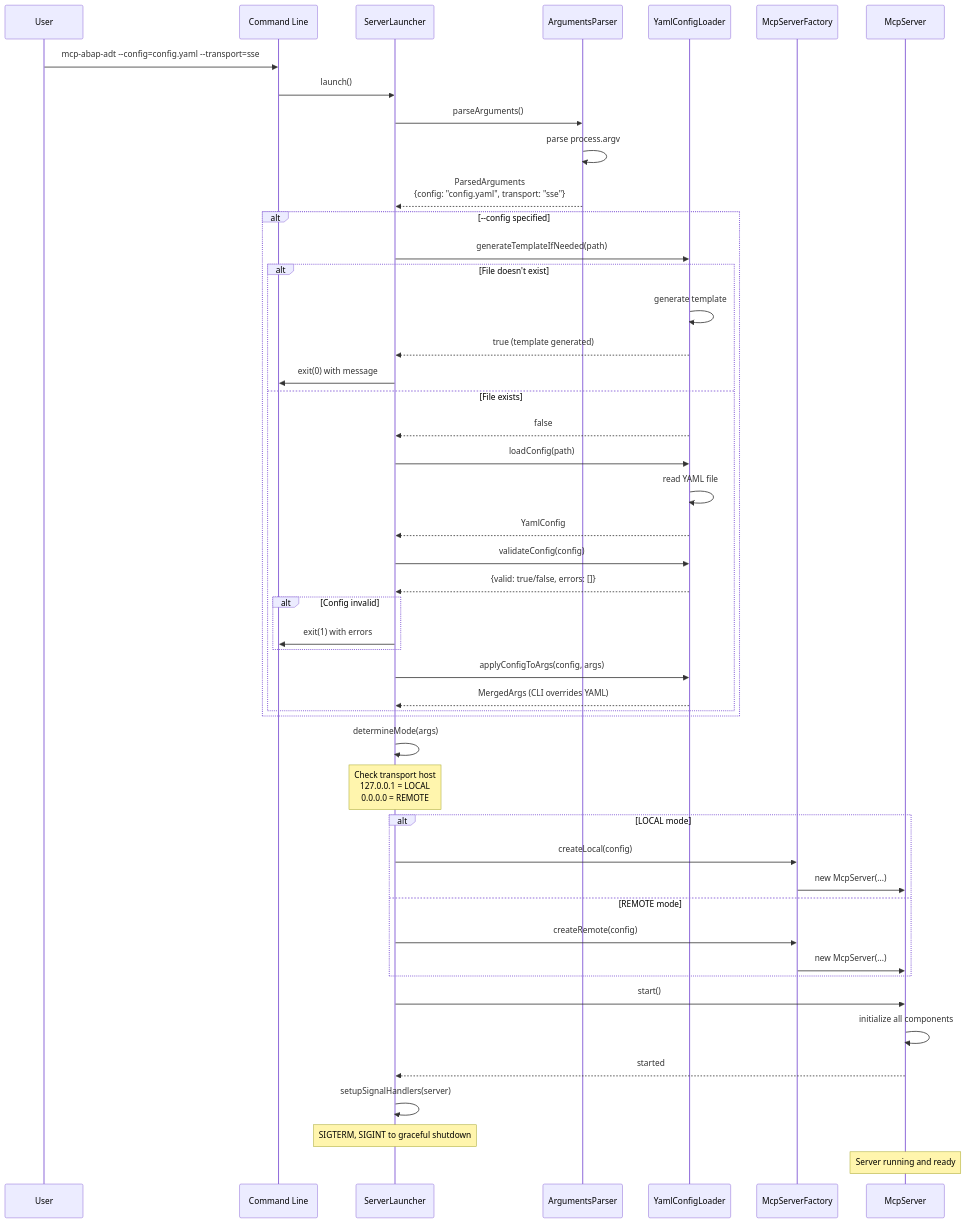
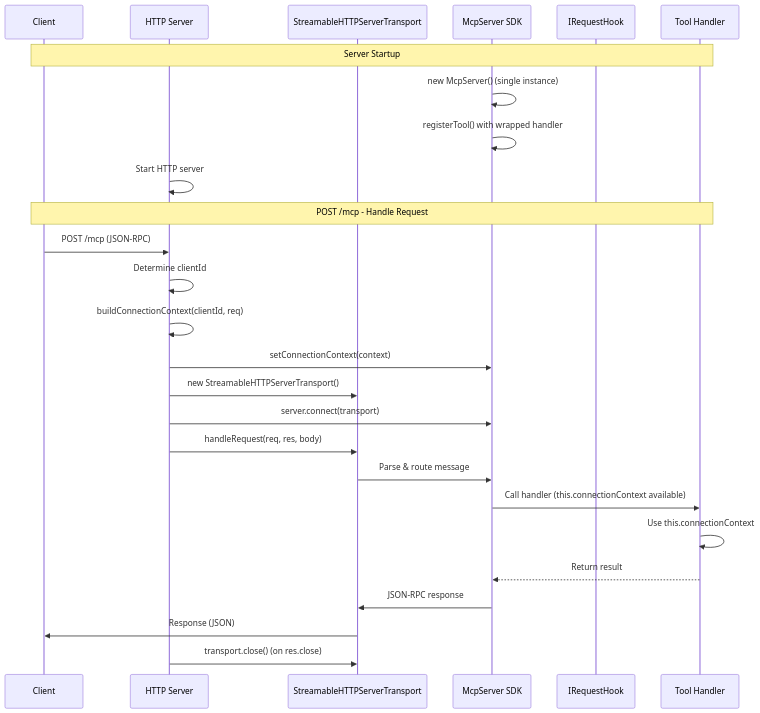
One commit to fr0ster/mcp-abap-adt changed the third of 3 diagrams in src/lib/servers/ARCHITECTURE.md. Above: the diagram before and after it, drawn with Mermaid. The commit also changed other lines of this file and 1 other file, not shown here.

First line of the commit message:
refactor: update MCP Server architecture documentation and remove obsolete roadmap

````diff
--- a/src/lib/servers/ARCHITECTURE.md
+++ b/src/lib/servers/ARCHITECTURE.md
@@ -608,61 +340,30 @@
 ```mermaid
 sequenceDiagram
-    participant User
-    participant CLI as Command Line
-    participant Launcher as ServerLauncher
-    participant Parser as ArgumentsParser
-    participant YAML as YamlConfigLoader
-    participant Factory as McpServerFactory
-    participant Server as McpServer
+    participant Client
+    participant HTTP as HTTP Server
+    participant Transport as StreamableHTTPServerTransport
+    participant SDK as McpServer SDK
+    participant Hook as IRequestHook
+    participant Handler as Tool Handler
     
-    User->>CLI: mcp-abap-adt --config=config.yaml --transport=sse
-    CLI->>Launcher: launch()
+    Note over Client,Handler: Server Startup
+    SDK->>SDK: new McpServer() (single instance)
+    SDK->>SDK: registerTool() with wrapped handler
+    HTTP->>HTTP: Start HTTP server
     
-    Launcher->>Parser: parseArguments()
-    Parser->>Parser: parse process.argv
-    Parser-->>Launcher: ParsedArguments<br/>{config: "config.yaml", transport: "sse"}
-    
-    alt --config specified
-        Launcher->>YAML: generateTemplateIfNeeded(path)
-        alt File doesn't exist
-            YAML->>YAML: generate template
-            YAML-->>Launcher: true (template generated)
-            Launcher->>CLI: exit(0) with message
-        else File exists
-            YAML-->>Launcher: false
-            Launcher->>YAML: loadConfig(path)
-            YAML->>YAML: read YAML file
-            YAML-->>Launcher: YamlConfig
-            
-            Launcher->>YAML: validateConfig(config)
-            YAML-->>Launcher: {valid: true/false, errors: []}
-            
-            alt Config invalid
-                Launcher->>CLI: exit(1) with errors
-            end
-            
-            Launcher->>YAML: applyConfigToArgs(config, args)
-            YAML-->>Launcher: MergedArgs (CLI overrides YAML)
-        end
-    end
-    
-    Launcher->>Launcher: determineMode(args)
-    Note over Launcher: Check transport host<br/>127.0.0.1 = LOCAL<br/>0.0.0.0 = REMOTE
-    
-    alt LOCAL mode
-        Launcher->>Factory: createLocal(config)
-        Factory->>Server: new McpServer(...)
-    else REMOTE mode
-        Launcher->>Factory: createRemote(config)
-        Factory->>Server: new McpServer(...)
-    end
-    
-    Launcher->>Server: start()
-    Server->>Server: initialize all components
-    Server-->>Launcher: started
-    
-    Launcher->>Launcher: setupSignalHandlers(server)
-    Note over Launcher: SIGTERM, SIGINT to graceful shutdown
-    
-    Note over Server: Server running and ready
+    Note over Client,Handler: POST /mcp - Handle Request
+    Client->>HTTP: POST /mcp (JSON-RPC)
+    HTTP->>HTTP: Determine clientId
+    HTTP->>HTTP: buildConnectionContext(clientId, req)
+    HTTP->>SDK: setConnectionContext(context)
+    HTTP->>Transport: new StreamableHTTPServerTransport()
+    HTTP->>SDK: server.connect(transport)
+    HTTP->>Transport: handleRequest(req, res, body)
+    Transport->>SDK: Parse & route message
+    SDK->>Handler: Call handler (this.connectionContext available)
+    Handler->>Handler: Use this.connectionContext
+    Handler-->>SDK: Return result
+    SDK->>Transport: JSON-RPC response
+    Transport->>Client: Response (JSON)
+    HTTP->>Transport: transport.close() (on res.close)
 ```
````
